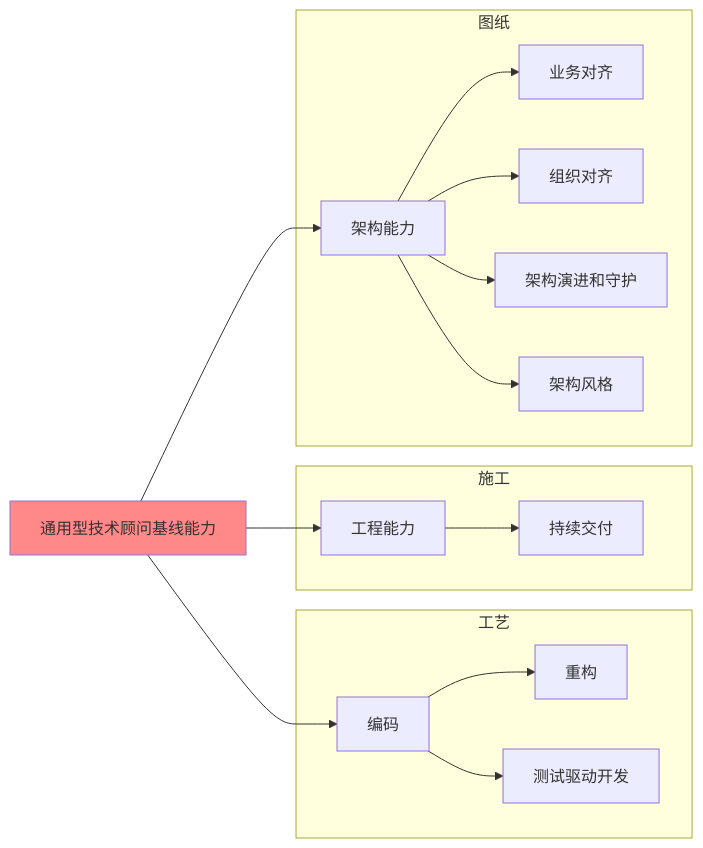
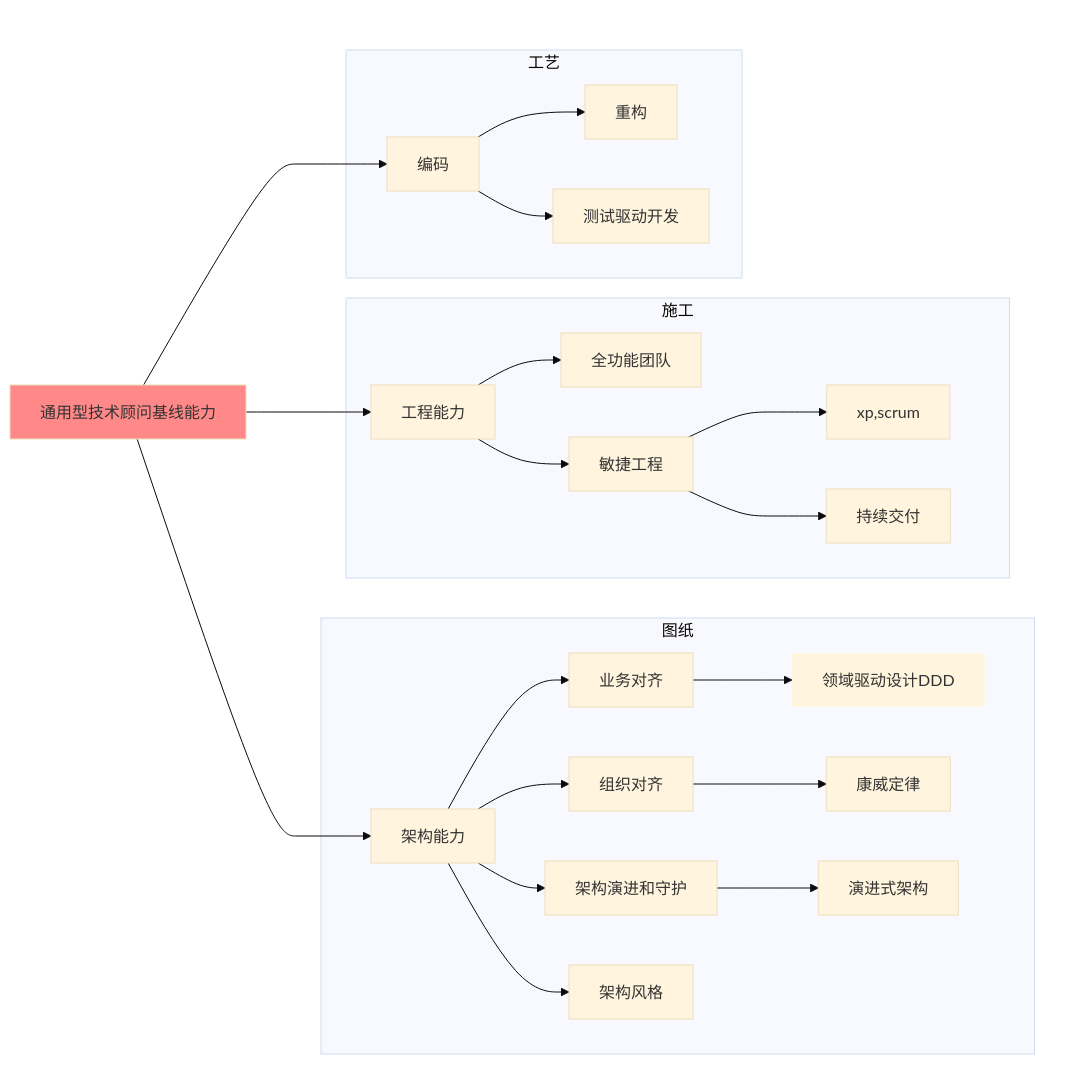
One commit to wangz/kindex changed the first of 2 diagrams in index.md. Above: the diagram before and after it, drawn with Mermaid. The commit also changed other lines of this file, not shown here.

````diff
--- a/index.md
+++ b/index.md
@@ -76,26 +81,37 @@
 ```mermaid
+%%{init: {'securityLevel': 'loose', 'theme':'base','themeVariables': {}}}%%
+
 graph LR
     A[通用型技术顾问基线能力] --> B[架构能力]
     A --> C[工程能力]
     A --> D[编码]
+subgraph S1[" "]
+    subgraph 图纸
+        B --> B1[业务对齐] --> B1_v[领域驱动设计DDD]
+        B --> B2[组织对齐] --> 康威定律
+        B --> B3[架构演进和守护] --> 演进式架构
+        B --> B4[架构风格]
+    end
 
+    subgraph S2[" "]
+    subgraph 施工
+        C --> 全功能团队
+        C --> C1[敏捷工程] --> xp,scrum
+        C1 --> 持续交付
+    end
     subgraph 工艺
         D --> D1[重构]
         D --> D2[测试驱动开发]
     end 
-    subgraph 施工
-        C --> C1[持续交付]
     end
-    subgraph 图纸
-        B --> B1[业务对齐]
-        B --> B2[组织对齐]
-        B --> B3[架构演进和守护]
-        B --> B4[架构风格]
-    end
-
+end
  
 
     A:::classA
+    B1_v:::classV
+    class S1,S2 classNone
+    classDef classNone stroke-width:0px,fill:white;
     classDef classA fill:#f88;
+    classDef classV stroke-width:0px;
 
 ```
````
